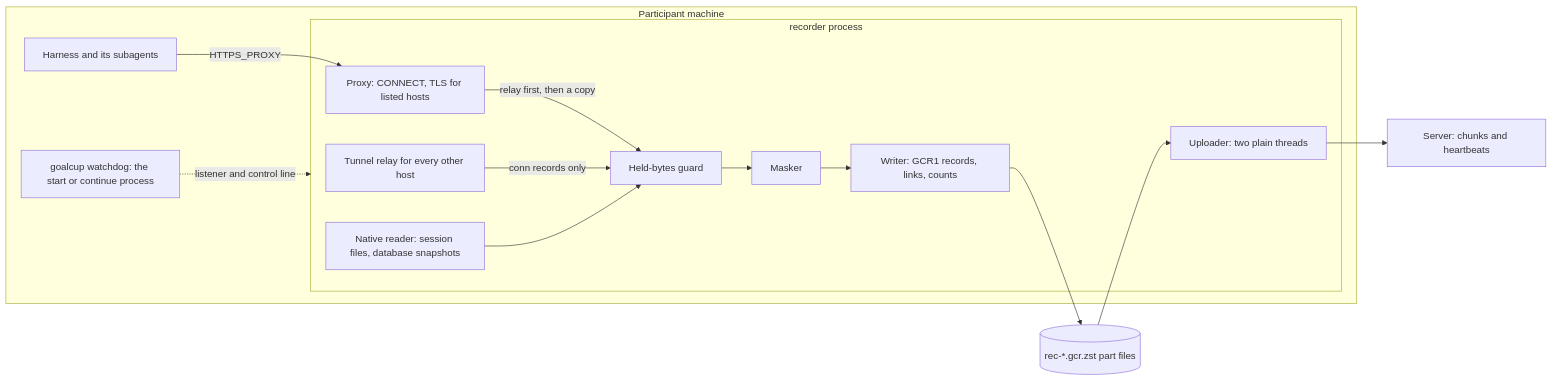
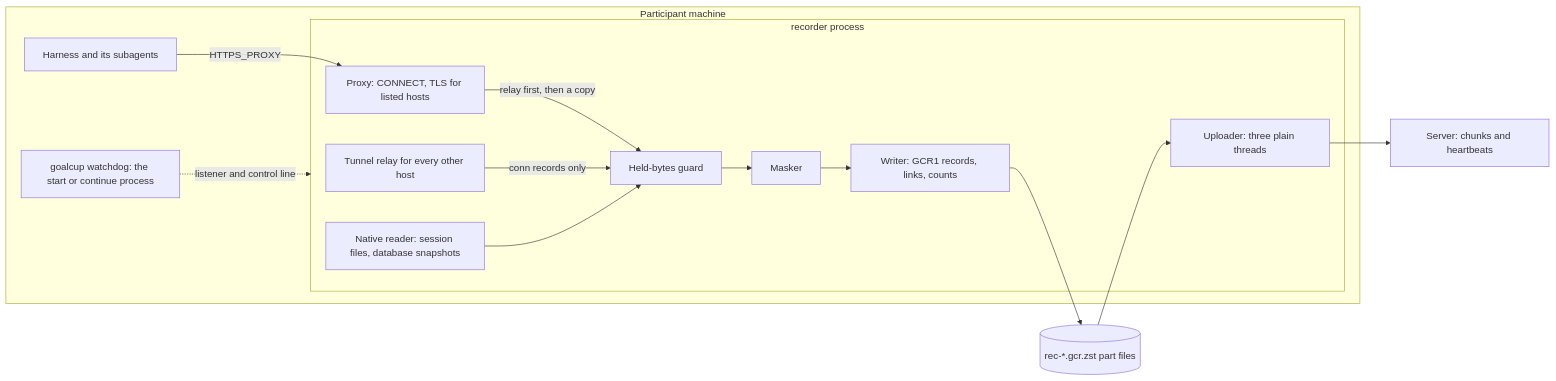
The diagram in docs/ARCHITECTURE.md (agentcommunity/goal-cup-proxy), drawn with Mermaid before and after one commit. The commit also changed other lines of this file and 23 other files, not shown here.

````diff
--- a/docs/ARCHITECTURE.md
+++ b/docs/ARCHITECTURE.md
@@ -34,23 +34,23 @@
 ```mermaid
 flowchart LR
   subgraph PM[Participant machine]
     WD[goalcup watchdog: the start or continue process]
     H[Harness and its subagents]
     subgraph REC[recorder process]
       PX[Proxy: CONNECT, TLS for listed hosts]
       TU[Tunnel relay for every other host]
       NR[Native reader: session files, database snapshots]
       QU[Held-bytes guard]
       MK[Masker]
       WR[Writer: GCR1 records, links, counts]
-      UP[Uploader: two plain threads]
+      UP[Uploader: three plain threads]
     end
   end
   H -- HTTPS_PROXY --> PX
   WD -. listener and control line .-> REC
   PX -- relay first, then a copy --> QU
   TU -- conn records only --> QU
   NR --> QU
   QU --> MK --> WR --> PARTS[(rec-*.gcr.zst part files)]
   PARTS --> UP --> SRV[Server: chunks and heartbeats]
 ```
````
